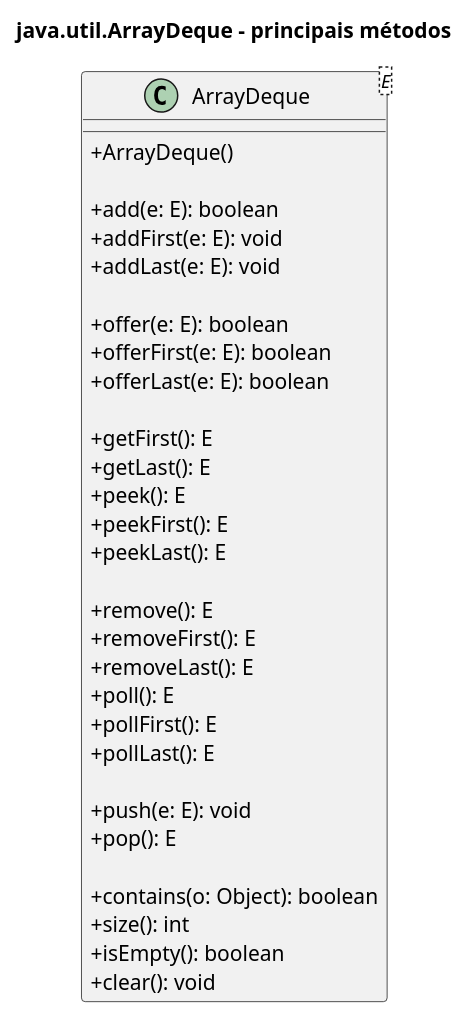
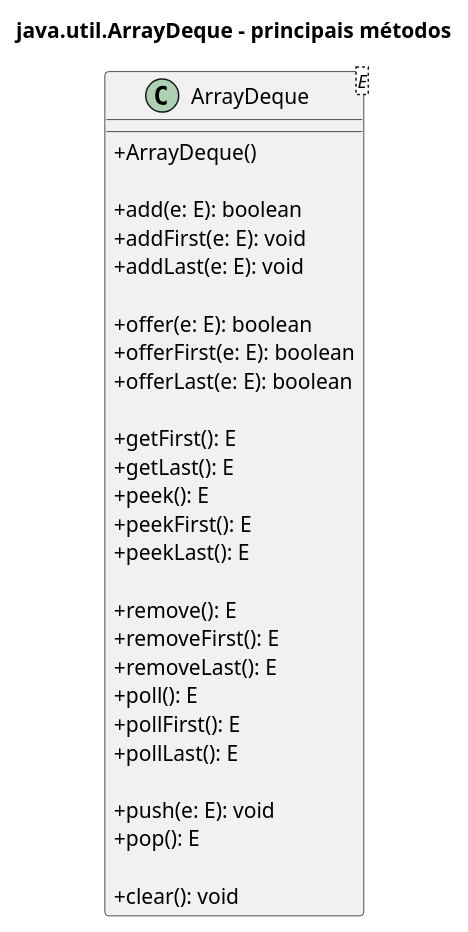
The diagram in subjects/poo/code/11-arraydeque-methods.puml (fabriciosantana/idp-marp-slides), drawn with PlantUML before and after one commit. The commit also changed 2 other files, not shown here.

```diff
--- a/subjects/poo/code/11-arraydeque-methods.puml
+++ b/subjects/poo/code/11-arraydeque-methods.puml
@@ -1,39 +1,36 @@
 @startuml
 title java.util.ArrayDeque - principais métodos
 
 skinparam classAttributeIconSize 0
 
 class "ArrayDeque<E>" as ArrayDeque {
   + ArrayDeque()
 
   + add(e: E): boolean
   + addFirst(e: E): void
   + addLast(e: E): void
 
   + offer(e: E): boolean
   + offerFirst(e: E): boolean
   + offerLast(e: E): boolean
 
   + getFirst(): E
   + getLast(): E
   + peek(): E
   + peekFirst(): E
   + peekLast(): E
 
   + remove(): E
   + removeFirst(): E
   + removeLast(): E
   + poll(): E
   + pollFirst(): E
   + pollLast(): E
 
   + push(e: E): void
   + pop(): E
 
-  + contains(o: Object): boolean
-  + size(): int
-  + isEmpty(): boolean
   + clear(): void
 }
 
 @enduml
```
